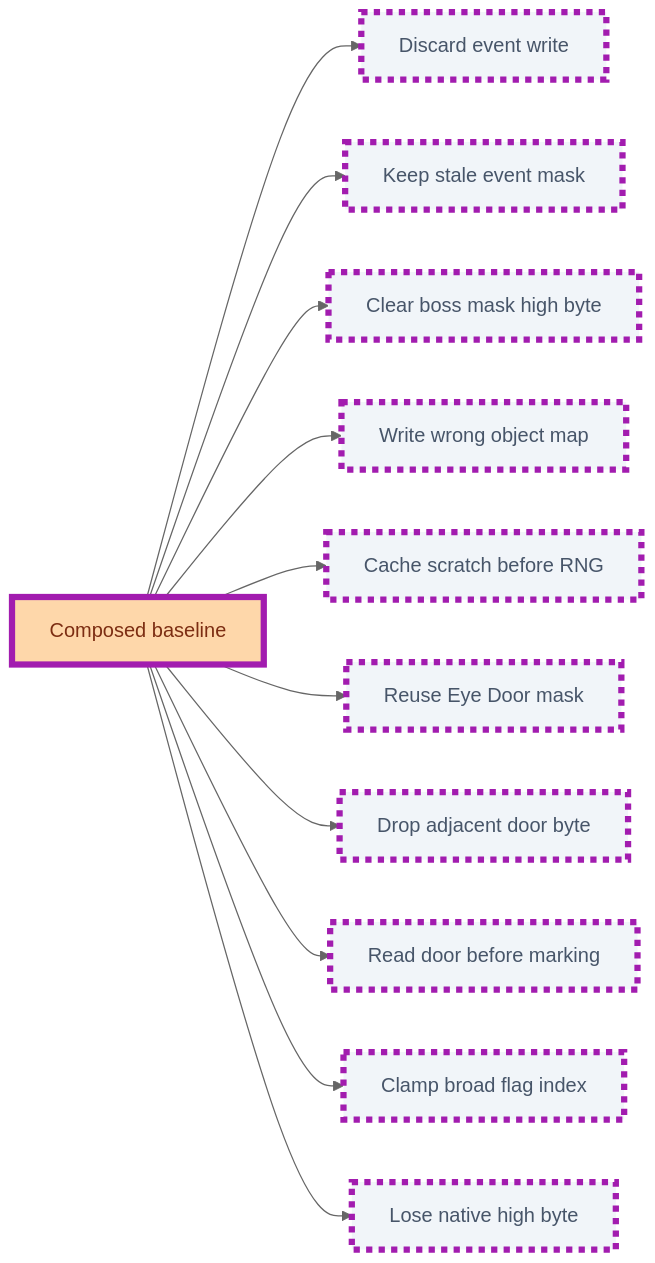
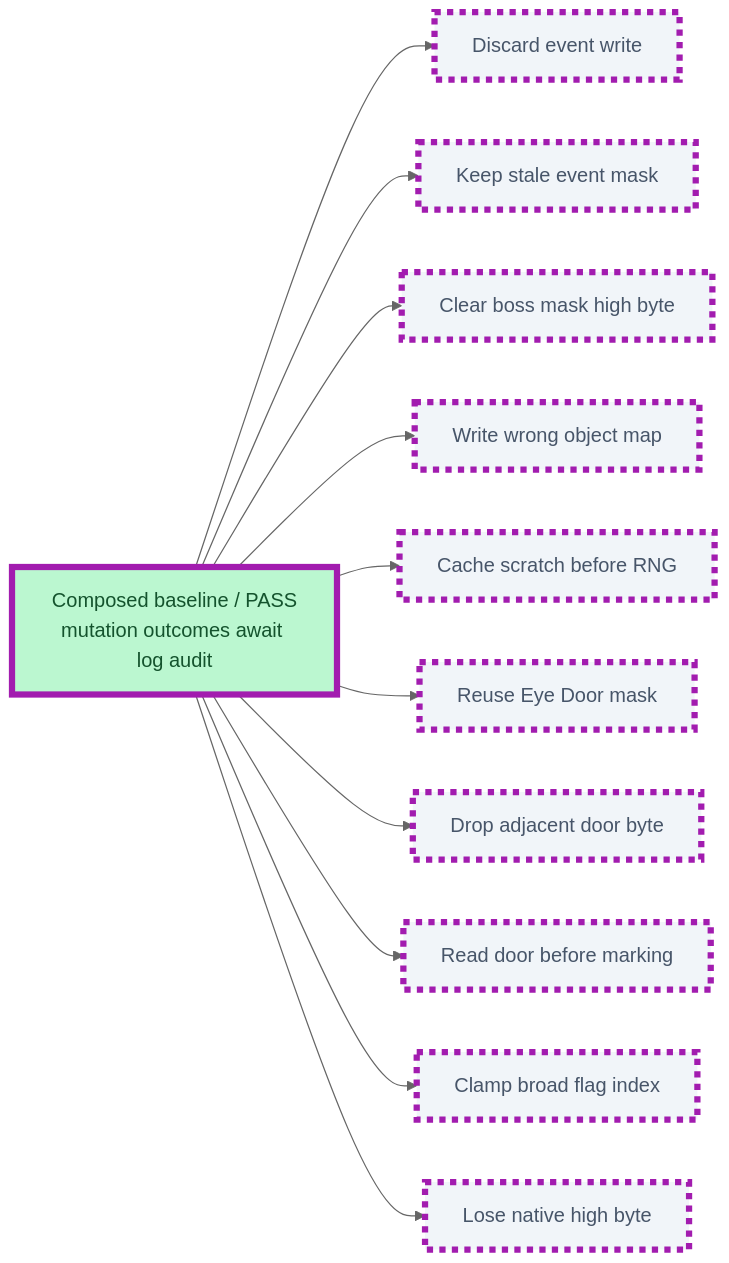
The third of 19 diagrams in PROGRESS.md (JimLundin/sm-decomp), drawn with Mermaid (neutral theme) before and after one commit. The commit also changed other lines of this file and 1 other file, not shown here.

Commit message:
Record passing detached flags mutation stage [skip ci]
Docs-only diff/progress checks pass unchanged. GitHub40036842766 reports composed, animation/palette baselines and detached mutation stage success. Individual outcomes remain pending log audit; frontend and nine DLL mutants still running.

````diff
--- a/PROGRESS.md
+++ b/PROGRESS.md
@@ -64,17 +64,18 @@
 ```mermaid
 flowchart LR
-    FB["Composed baseline"]:::active --> FEVENT["Discard event write"]:::pending
+    FB["Composed baseline / PASS<br/>mutation outcomes await log audit"]:::done --> FEVENT["Discard event write"]:::pending
     FB --> FHI["Keep stale event mask"]:::pending
     FB --> FBOSS["Clear boss mask high byte"]:::pending
     FB --> FMAP["Write wrong object map"]:::pending
     FB --> FRNG["Cache scratch before RNG"]:::pending
     FB --> FEYE["Reuse Eye Door mask"]:::pending
     FB --> FADJ["Drop adjacent door byte"]:::pending
     FB --> FPRE["Read door before marking"]:::pending
     FB --> FCLAMP["Clamp broad flag index"]:::pending
     FB --> FNATIVE["Lose native high byte"]:::pending
     class FB,FEVENT,FHI,FBOSS,FMAP,FRNG,FEYE,FADJ,FPRE,FCLAMP,FNATIVE changed
     classDef active fill:#fed7aa,stroke:#ea580c,color:#7c2d12
     classDef pending fill:#f1f5f9,stroke:#94a3b8,color:#475569,stroke-dasharray:5 5
     classDef changed stroke:#a21caf,stroke-width:5px
+    classDef done fill:#bbf7d0,stroke:#15803d,color:#14532d
 ```
````
